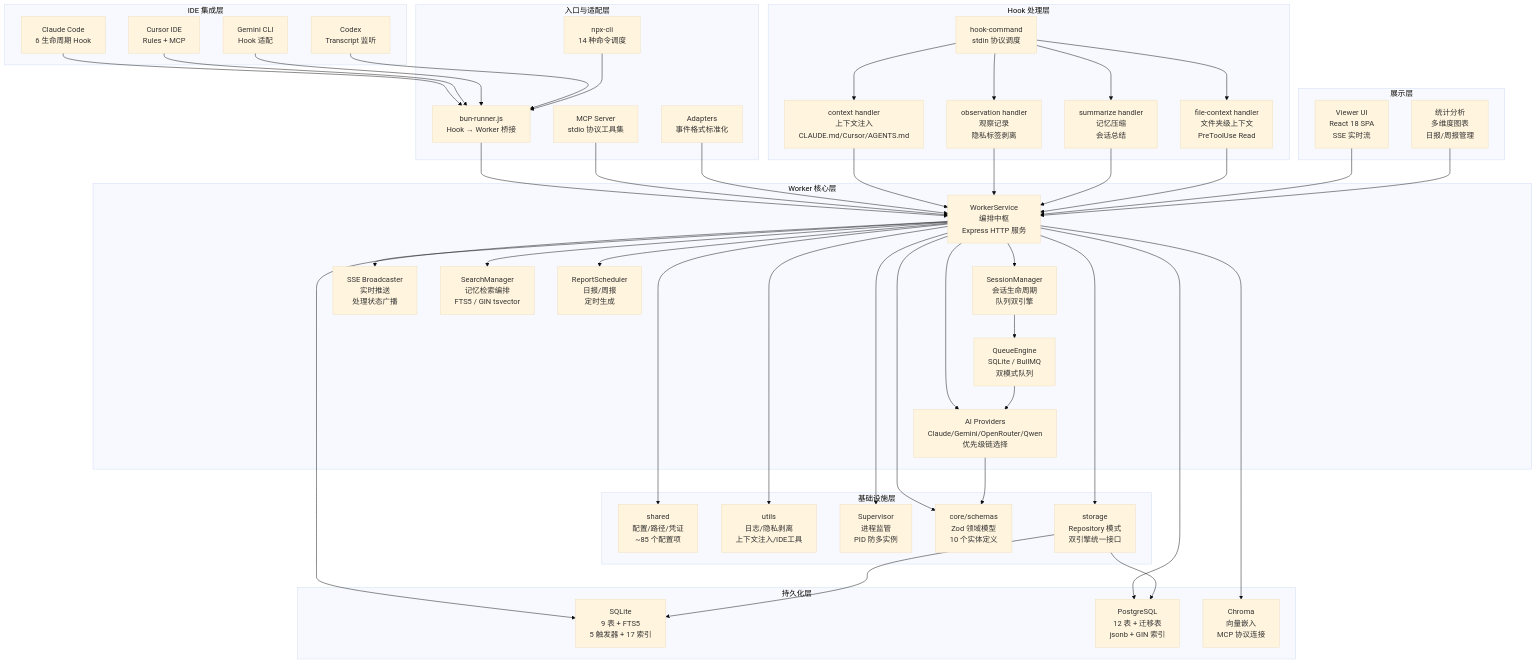
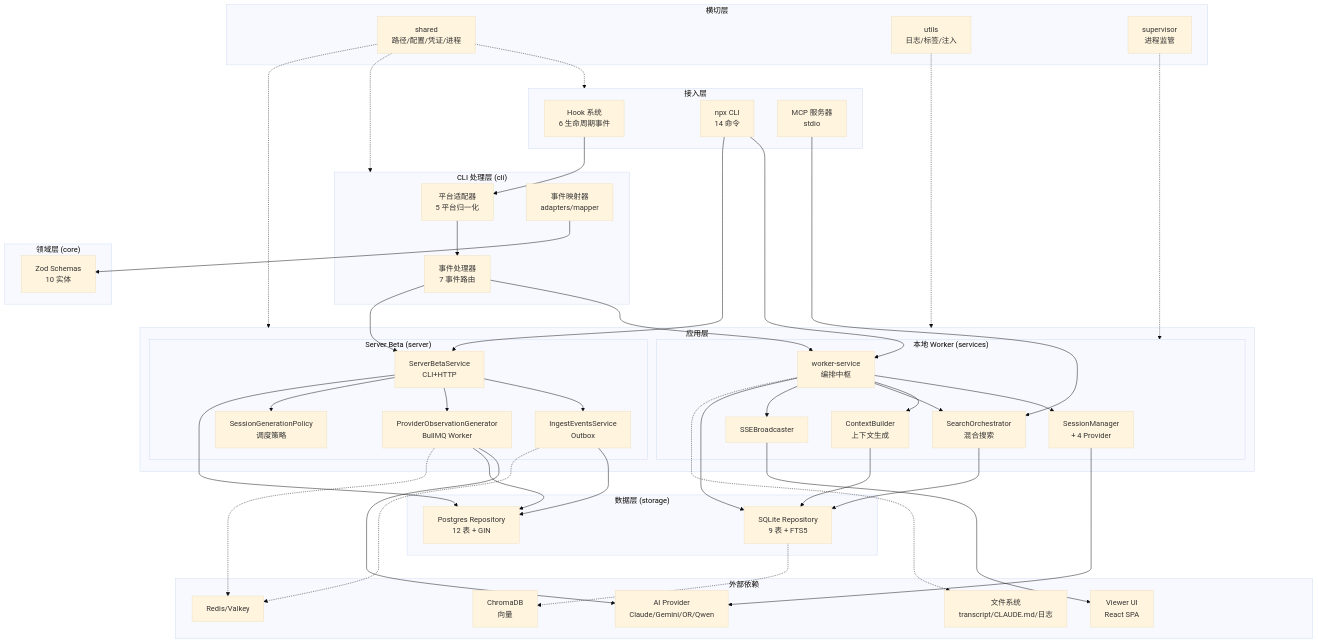
Before and after one commit to sharesdoc/claude-mem: the first of 14 diagrams in doc/B-系统设计文档.md, drawn with Mermaid (base theme). The commit also changed other lines of this file and 22 other files, not shown here.

````diff
--- a/doc/B-系统设计文档.md
+++ b/doc/B-系统设计文档.md
@@ -46,94 +52,84 @@
 ```mermaid
 flowchart TB
-    subgraph IDE["IDE 集成层"]
-        CLAUDE["Claude Code<br/>6 生命周期 Hook"]
-        CURSOR["Cursor IDE<br/>Rules + MCP"]
-        GEMINI["Gemini CLI<br/>Hook 适配"]
-        CODEX["Codex<br/>Transcript 监听"]
+    subgraph 接入层["接入层"]
+        HOOK["Hook 系统<br/>6 生命周期事件"]
+        NPX["npx CLI<br/>14 命令"]
+        MCP["MCP 服务器<br/>stdio"]
     end
 
-    subgraph ENTRY["入口与适配层"]
-        NPX["npx-cli<br/>14 种命令调度"]
-        BUNRUN["bun-runner.js<br/>Hook → Worker 桥接"]
-        ADAPTERS["Adapters<br/>事件格式标准化"]
-        MCPCLI["MCP Server<br/>stdio 协议工具集"]
+    subgraph CLI处理层["CLI 处理层 (cli)"]
+        ADP["平台适配器<br/>5 平台归一化"]
+        HDL["事件处理器<br/>7 事件路由"]
+        MAP["事件映射器<br/>adapters/mapper"]
     end
 
-    subgraph WORKER["Worker 核心层"]
-        WS["WorkerService<br/>编排中枢<br/>Express HTTP 服务"]
-        SM["SessionManager<br/>会话生命周期<br/>队列双引擎"]
-        RP["AI Providers<br/>Claude/Gemini/OpenRouter/Qwen<br/>优先级链选择"]
-        SSE["SSE Broadcaster<br/>实时推送<br/>处理状态广播"]
-        QM["QueueEngine<br/>SQLite / BullMQ<br/>双模式队列"]
-        SEARCH["SearchManager<br/>记忆检索编排<br/>FTS5 / GIN tsvector"]
-        REPORT["ReportScheduler<br/>日报/周报<br/>定时生成"]
+    subgraph 应用层["应用层"]
+        subgraph 本地Worker["本地 Worker (services)"]
+            WSC["worker-service<br/>编排中枢"]
+            SM["SessionManager<br/>+ 4 Provider"]
+            CTX["ContextBuilder<br/>上下文生成"]
+            SRCH["SearchOrchestrator<br/>混合搜索"]
+            SSE["SSEBroadcaster"]
+        end
+        subgraph ServerBeta["Server Beta (server)"]
+            SBS["ServerBetaService<br/>CLI+HTTP"]
+            ING["IngestEventsService<br/>Outbox"]
+            GEN["ProviderObservationGenerator<br/>BullMQ Worker"]
+            POL["SessionGenerationPolicy<br/>调度策略"]
+        end
     end
 
-    subgraph HOOK["Hook 处理层"]
-        HOOKCMD["hook-command<br/>stdin 协议调度"]
-        CONTEXT["context handler<br/>上下文注入<br/>CLAUDE.md/Cursor/AGENTS.md"]
-        OBS["observation handler<br/>观察记录<br/>隐私标签剥离"]
-        SUMMARY["summarize handler<br/>记忆压缩<br/>会话总结"]
-        FCTX["file-context handler<br/>文件夹级上下文<br/>PreToolUse Read"]
+    subgraph 领域层["领域层 (core)"]
+        SCH["Zod Schemas<br/>10 实体"]
     end
 
-    subgraph STORAGE["持久化层"]
-        SQLITE["SQLite<br/>9 表 + FTS5<br/>5 触发器 + 17 索引"]
-        PG["PostgreSQL<br/>12 表 + 迁移表<br/>jsonb + GIN 索引"]
-        CHROMA["Chroma<br/>向量嵌入<br/>MCP 协议连接"]
+    subgraph 数据层["数据层 (storage)"]
+        SQL["SQLite Repository<br/>9 表 + FTS5"]
+        PG["Postgres Repository<br/>12 表 + GIN"]
     end
 
-    subgraph VIEWER["展示层"]
-        UI["Viewer UI<br/>React 18 SPA<br/>SSE 实时流"]
-        STAT["统计分析<br/>多维度图表<br/>日报/周报管理"]
+    subgraph 外部依赖["外部依赖"]
+        CHROMA["ChromaDB<br/>向量"]
+        FS["文件系统<br/>transcript/CLAUDE.md/日志"]
+        REDIS["Redis/Valkey"]
+        AIPROV["AI Provider<br/>Claude/Gemini/OR/Qwen"]
+        UI["Viewer UI<br/>React SPA"]
     end
 
-    subgraph INFRA["基础设施层"]
-        SHARED["shared<br/>配置/路径/凭证<br/>~85 个配置项"]
-        UTILS["utils<br/>日志/隐私剥离<br/>上下文注入/IDE工具"]
-        SUPER["Supervisor<br/>进程监管<br/>PID 防多实例"]
-        CORE["core/schemas<br/>Zod 领域模型<br/>10 个实体定义"]
-        STORAGEREPO["storage<br/>Repository 模式<br/>双引擎统一接口"]
+    subgraph 横切层["横切层"]
+        SH["shared<br/>路径/配置/凭证/进程"]
+        UT["utils<br/>日志/标签/注入"]
+        SUP["supervisor<br/>进程监管"]
     end
 
-    CLAUDE --> BUNRUN
-    CURSOR --> BUNRUN
-    GEMINI --> BUNRUN
-    CODEX --> BUNRUN
-    NPX --> BUNRUN
-    BUNRUN --> WS
-    MCPCLI --> WS
-    ADAPTERS --> WS
+    HOOK --> ADP
+    NPX --> WSC
+    NPX --> SBS
+    MCP --> SRCH
+    ADP --> HDL
+    HDL --> WSC
+    HDL --> SBS
+    MAP --> SCH
 
-    WS --> SM
-    WS --> RP
-    SM --> QM
-    QM --> RP
-    WS --> SEARCH
-    WS --> SSE
-    WS --> REPORT
+    WSC --> SM & CTX & SRCH & SSE
+    SBS --> ING & GEN & POL
+    SM --> AIPROV
+    GEN --> AIPROV
 
-    HOOKCMD --> CONTEXT
-    HOOKCMD --> OBS
-    HOOKCMD --> SUMMARY
-    HOOKCMD --> FCTX
-    CONTEXT --> WS
-    OBS --> WS
-    SUMMARY --> WS
-    FCTX --> WS
+    WSC --> SQL
+    SBS --> PG
+    CTX --> SQL
+    SRCH --> SQL
+    ING --> PG
+    GEN --> PG
 
-    WS --> SQLITE
-    WS --> PG
-    WS --> CHROMA
-    UI --> WS
-    STAT --> WS
+    SQL -.-> CHROMA
+    WSC -.-> FS
+    SSE --> UI
 
-    WS --> SHARED
-    WS --> UTILS
-    WS --> SUPER
-    WS --> STORAGEREPO
-    WS --> CORE
-    STORAGEREPO --> SQLITE
-    STORAGEREPO --> PG
-    RP --> CORE
+    SH -.-> 接入层 & CLI处理层 & 应用层
+    UT -.-> 应用层
+    SUP -.-> 本地Worker
+    GEN -.-> REDIS
+    ING -.-> REDIS
 ```
````
